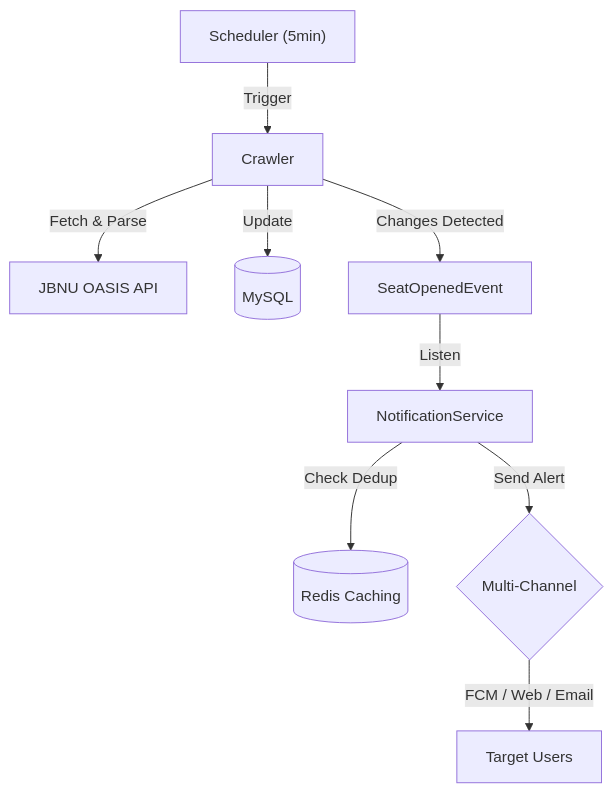
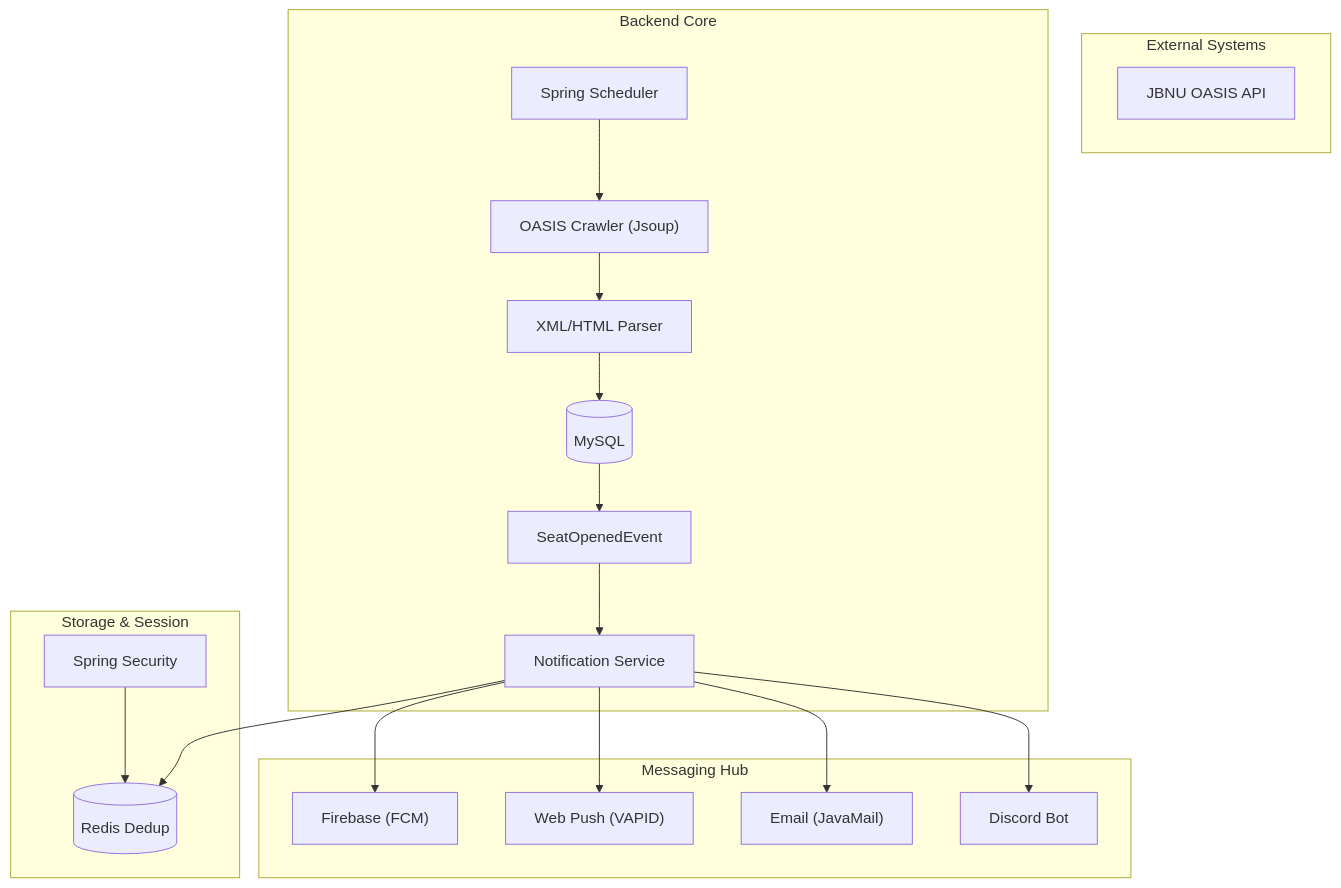
The diagram in README.md (bhoon716/zup-zup-server), drawn with Mermaid before and after one commit. The commit also changed other lines of this file and 1 other file, not shown here.

````diff
--- a/README.md
+++ b/README.md
@@ -21,11 +29,26 @@
 ```mermaid
 graph TD
-    Scheduler["Scheduler (5min)"] -->|Trigger| Crawler
-    Crawler -->|Fetch & Parse| OASIS["JBNU OASIS API"]
-    Crawler -->|Update| DB[(MySQL)]
-    Crawler -->|Changes Detected| Event["SeatOpenedEvent"]
-    Event -->|Listen| Notifier["NotificationService"]
-    Notifier -->|Check Dedup| Redis[(Redis Caching)]
-    Notifier -->|Send Alert| MultiChannel{Multi-Channel}
-    MultiChannel -->|FCM / Web / Email| User[Target Users]
+    subgraph "External Systems"
+        OASIS["JBNU OASIS API"]
+    end
+
+    subgraph "Backend Core"
+        Scheduler["Spring Scheduler"] --> Crawler["OASIS Crawler (Jsoup)"]
+        Crawler --> Parser["XML/HTML Parser"]
+        Parser --> DB[(MySQL)]
+        DB --> Event["SeatOpenedEvent"]
+        Event --> Notify["Notification Service"]
+    end
+
+    subgraph "Messaging Hub"
+        Notify --> FCM["Firebase (FCM)"]
+        Notify --> WebPush["Web Push (VAPID)"]
+        Notify --> SMTP["Email (JavaMail)"]
+        Notify --> Discord["Discord Bot"]
+    end
+
+    subgraph "Storage & Session"
+        Notify --> Redis[(Redis Dedup)]
+        Security["Spring Security"] --> Redis
+    end
 ```
````
